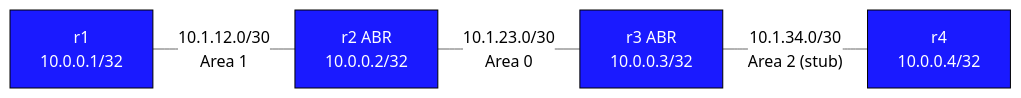
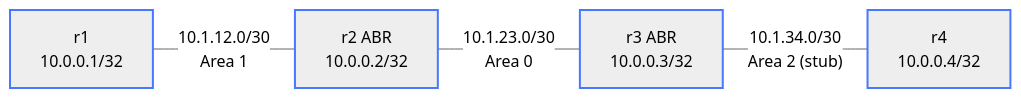
Before and after one commit to jschless/networkingLabs: the diagram in labs/debug-ospf-multiarea/README.md, drawn with Mermaid (neutral theme). The commit also changed 250 other files, not shown here.

Commit message:
Fix unreadable topology diagrams, convert ASCII art, publish assessments (#57)

````diff
--- a/labs/debug-ospf-multiarea/README.md
+++ b/labs/debug-ospf-multiarea/README.md
@@ -22,14 +22,14 @@
 ```mermaid
 flowchart LR
-    r1["r1\n10.0.0.1/32"]
-    r2["r2 ABR\n10.0.0.2/32"]
-    r3["r3 ABR\n10.0.0.3/32"]
-    r4["r4\n10.0.0.4/32"]
+    r1["r1<br/>10.0.0.1/32"]
+    r2["r2 ABR<br/>10.0.0.2/32"]
+    r3["r3 ABR<br/>10.0.0.3/32"]
+    r4["r4<br/>10.0.0.4/32"]
 
-    r1 -- "10.1.12.0/30\nArea 1" --- r2
-    r2 -- "10.1.23.0/30\nArea 0" --- r3
-    r3 -- "10.1.34.0/30\nArea 2 (stub)" --- r4
+    r1 -- "10.1.12.0/30<br/>Area 1" --- r2
+    r2 -- "10.1.23.0/30<br/>Area 0" --- r3
+    r3 -- "10.1.34.0/30<br/>Area 2 (stub)" --- r4
 
-    classDef router fill:#1a1aff,color:#fff,stroke:#000
+    classDef router stroke:#4778ff,stroke-width:2px
     class r1,r2,r3,r4 router
 ```
````
